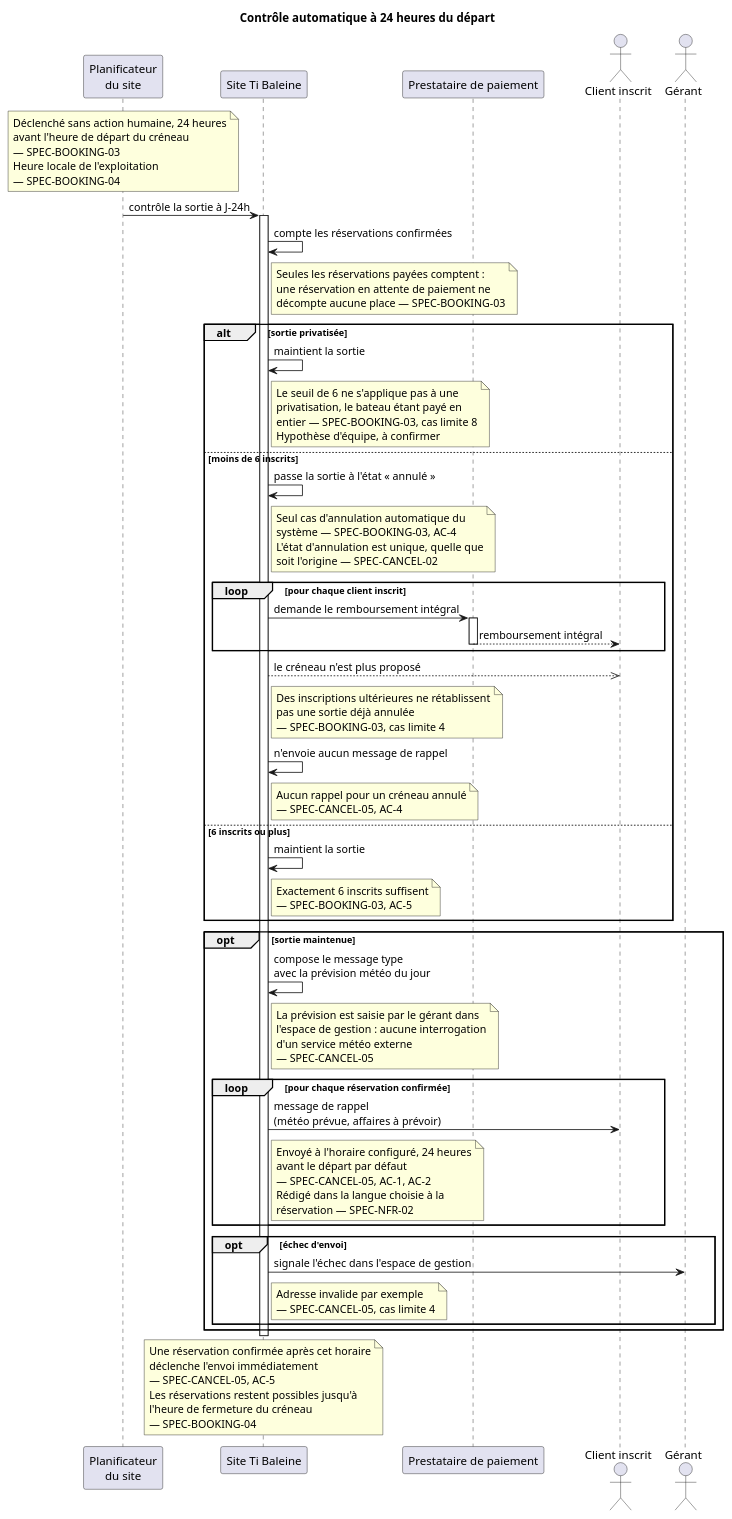
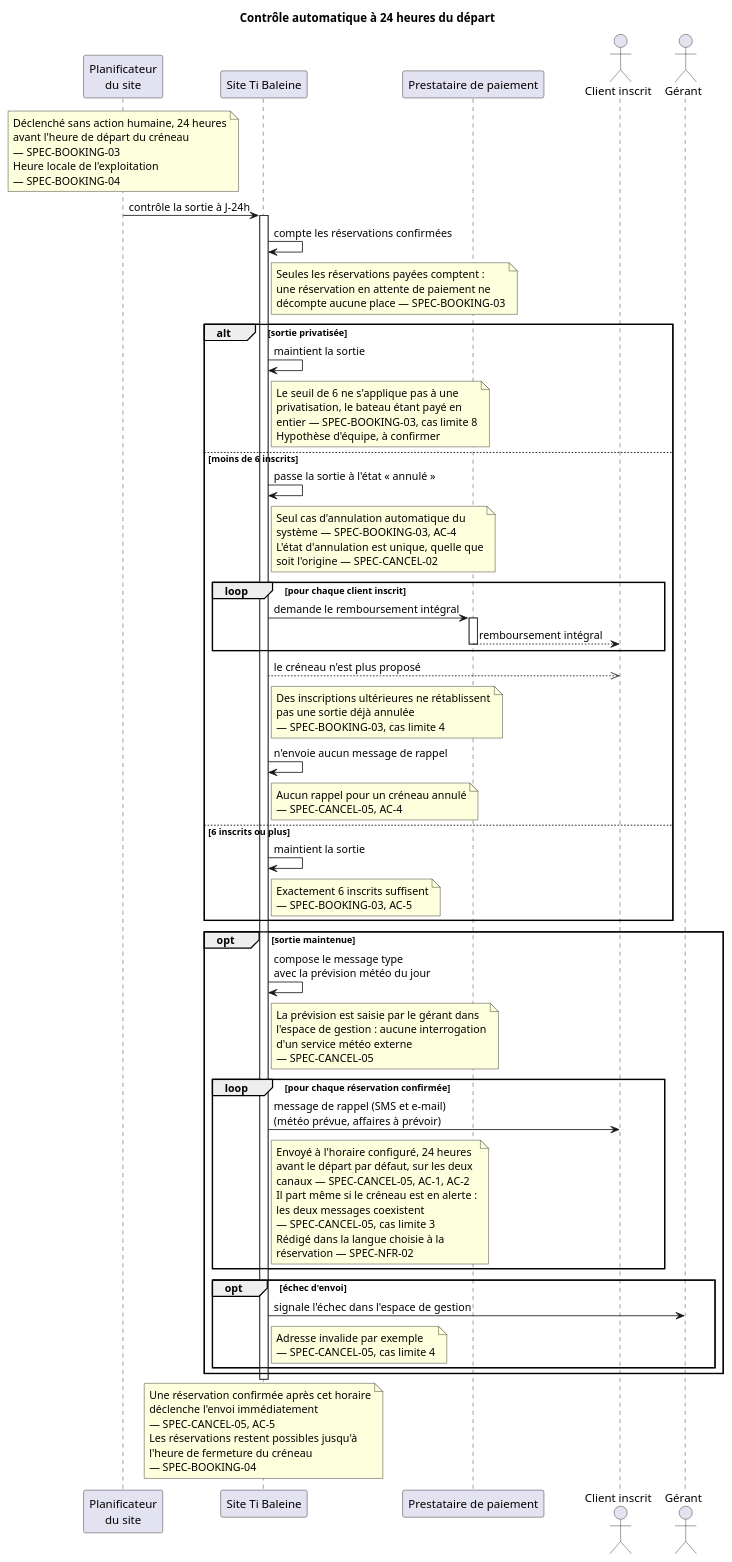
One commit to IamArayel/CDA9-Analyse-et-Conception-d-Applications changed the diagram in docs/uml/sequences/controle-j-24h.puml. Above: the diagram before and after it, drawn with PlantUML. The commit also changed 2 other files, not shown here.

Commit message:
docs(uml): réécrire la séquence d'annulation météo et intégrer l'immobilisation

```diff
--- a/docs/uml/sequences/controle-j-24h.puml
+++ b/docs/uml/sequences/controle-j-24h.puml
@@ -1,120 +1,123 @@
 @startuml controle-j-24h
 ' Séquence — Contrôle automatique à 24 heures du départ
 ' Vocabulaire client (cf. cahier-des-charges.md §13 Glossaire).
 ' Réalise SPEC-BOOKING-03 (seuil de 6 inscrits) et SPEC-CANCEL-05
 ' (message de rappel), qui se déclenchent au même moment.
 '
 ' C'est le SEUL automatisme du système : aucun acteur humain ne
 ' l'initie. L'annulation météo, elle, reste toujours manuelle
 ' (SPEC-CANCEL-02).
 
 title Contrôle automatique à 24 heures du départ
 
 participant "Planificateur\ndu site" as Planif
 participant "Site Ti Baleine" as Site
 participant "Prestataire de paiement" as Paiement
 actor "Client inscrit" as Client
 actor "Gérant" as Gerant
 
 note over Planif
   Déclenché sans action humaine, 24 heures
   avant l'heure de départ du créneau
   — SPEC-BOOKING-03
   Heure locale de l'exploitation
   — SPEC-BOOKING-04
 end note
 
 Planif -> Site : contrôle la sortie à J-24h
 activate Site
 Site -> Site : compte les réservations confirmées
 note right of Site
   Seules les réservations payées comptent :
   une réservation en attente de paiement ne
   décompte aucune place — SPEC-BOOKING-03
 end note
 
 alt sortie privatisée
   Site -> Site : maintient la sortie
   note right of Site
     Le seuil de 6 ne s'applique pas à une
     privatisation, le bateau étant payé en
     entier — SPEC-BOOKING-03, cas limite 8
     Hypothèse d'équipe, à confirmer
   end note
 
 else moins de 6 inscrits
   Site -> Site : passe la sortie à l'état « annulé »
   note right of Site
     Seul cas d'annulation automatique du
     système — SPEC-BOOKING-03, AC-4
     L'état d'annulation est unique, quelle que
     soit l'origine — SPEC-CANCEL-02
   end note
 
   loop pour chaque client inscrit
     Site -> Paiement : demande le remboursement intégral
     activate Paiement
     Paiement --> Client : remboursement intégral
     deactivate Paiement
   end
 
   Site -->> Client : le créneau n'est plus proposé
   note right of Site
     Des inscriptions ultérieures ne rétablissent
     pas une sortie déjà annulée
     — SPEC-BOOKING-03, cas limite 4
   end note
   Site -> Site : n'envoie aucun message de rappel
   note right of Site
     Aucun rappel pour un créneau annulé
     — SPEC-CANCEL-05, AC-4
   end note
 
 else 6 inscrits ou plus
   Site -> Site : maintient la sortie
   note right of Site
     Exactement 6 inscrits suffisent
     — SPEC-BOOKING-03, AC-5
   end note
 end
 
 opt sortie maintenue
   Site -> Site : compose le message type\navec la prévision météo du jour
   note right of Site
     La prévision est saisie par le gérant dans
     l'espace de gestion : aucune interrogation
     d'un service météo externe
     — SPEC-CANCEL-05
   end note
 
   loop pour chaque réservation confirmée
-    Site -> Client : message de rappel\n(météo prévue, affaires à prévoir)
+    Site -> Client : message de rappel (SMS et e-mail)\n(météo prévue, affaires à prévoir)
     note right of Site
       Envoyé à l'horaire configuré, 24 heures
-      avant le départ par défaut
-      — SPEC-CANCEL-05, AC-1, AC-2
+      avant le départ par défaut, sur les deux
+      canaux — SPEC-CANCEL-05, AC-1, AC-2
+      Il part même si le créneau est en alerte :
+      les deux messages coexistent
+      — SPEC-CANCEL-05, cas limite 3
       Rédigé dans la langue choisie à la
       réservation — SPEC-NFR-02
     end note
   end
 
   opt échec d'envoi
     Site -> Gerant : signale l'échec dans l'espace de gestion
     note right of Site
       Adresse invalide par exemple
       — SPEC-CANCEL-05, cas limite 4
     end note
   end
 end
 deactivate Site
 
 note over Site
   Une réservation confirmée après cet horaire
   déclenche l'envoi immédiatement
   — SPEC-CANCEL-05, AC-5
   Les réservations restent possibles jusqu'à
   l'heure de fermeture du créneau
   — SPEC-BOOKING-04
 end note
 
 @enduml
```
